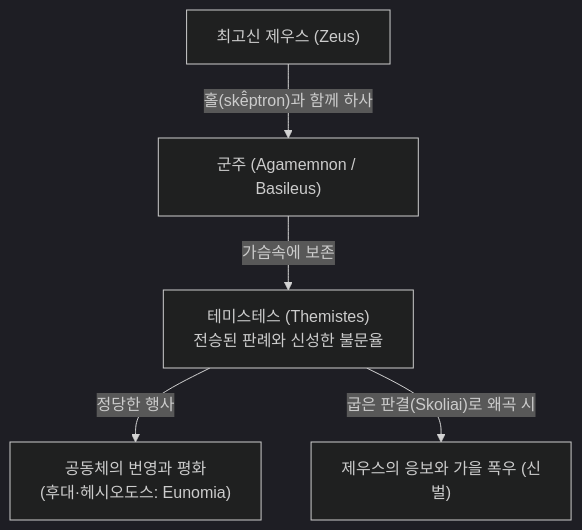
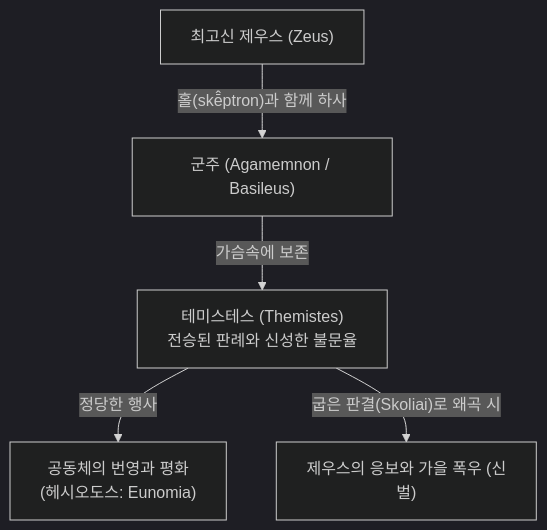
The diagram in wiki/concepts/concept-themis.md (YgHnSIM/Homer_wiki), drawn with Mermaid (dark theme) before and after one commit. The commit also changed other lines of this file and 3 other files, not shown here.

````diff
--- a/wiki/concepts/concept-themis.md
+++ b/wiki/concepts/concept-themis.md
@@ -83,8 +84,8 @@
 ```mermaid
 graph TD
     Zeus["최고신 제우스 (Zeus)"] -->|"홀(skē̂ptron)과 함께 하사"| King["군주 (Agamemnon / Basileus)"]
     King -->|"가슴속에 보존"| Themistes["테미스테스 (Themistes)<br/>전승된 판례와 신성한 불문율"]
     
-    Themistes -->|"정당한 행사"| Order["공동체의 번영과 평화<br/>(후대·헤시오도스: Eunomia)"]
+    Themistes -->|"정당한 행사"| Order["공동체의 번영과 평화<br/>(헤시오도스: Eunomia)"]
     Themistes -->|"굽은 판결(Skoliai)로 왜곡 시"| Wrath["제우스의 응보와 가을 폭우 (신벌)"]
 ```
````
